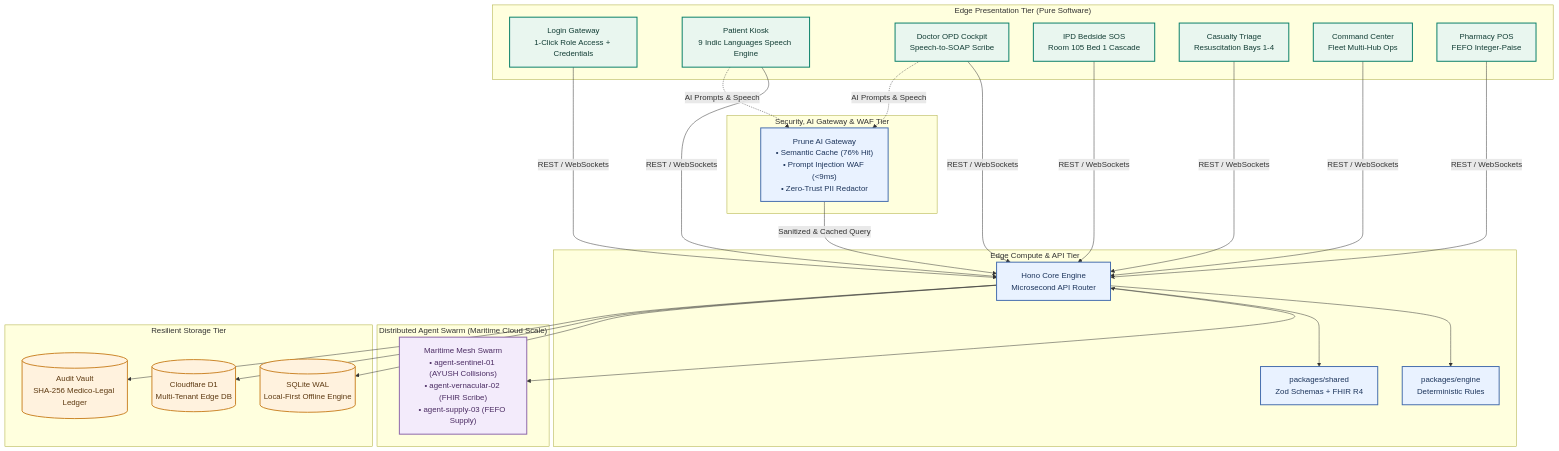
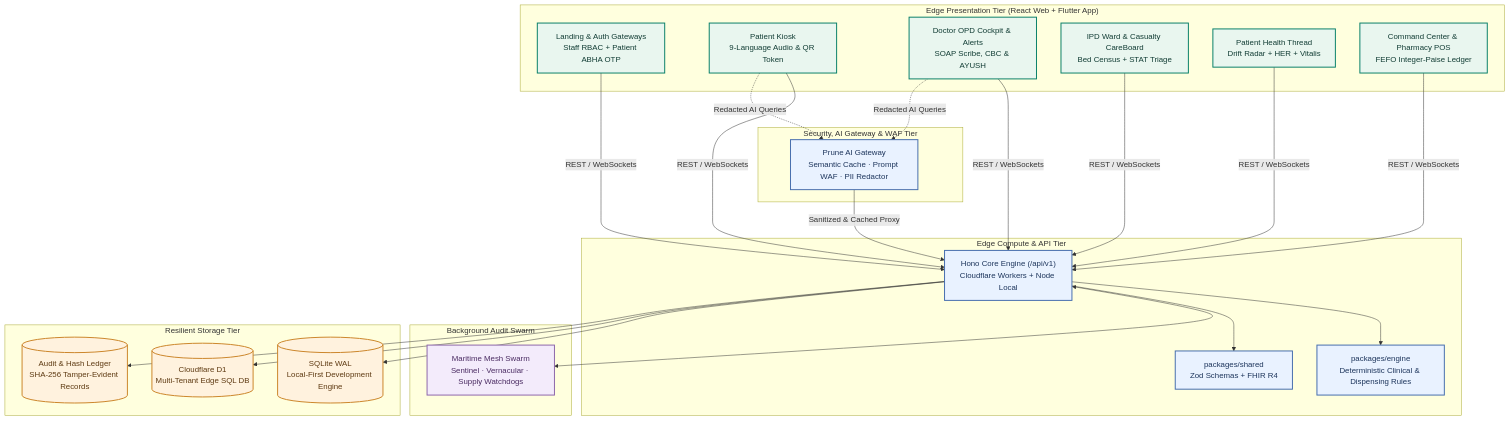
One commit to Divyanshgupta2580/JEEVIKA changed the first of 3 diagrams in README.md. Above: the diagram before and after it, drawn with Mermaid. The commit also changed other lines of this file and 33 other files, not shown here.

````diff
--- a/README.md
+++ b/README.md
@@ -317,44 +324,43 @@
 ```mermaid
 flowchart TB
   classDef client fill:#e9f6ef,stroke:#087f68,color:#123d35,stroke-width:2px
   classDef compute fill:#e9f2ff,stroke:#456dad,color:#1d355c,stroke-width:2px
   classDef data fill:#fff2de,stroke:#cb8528,color:#5e3a12,stroke-width:2px
   classDef agent fill:#f3ebfb,stroke:#8c66aa,color:#4b2c63,stroke-width:2px
 
-  subgraph PresentationTier["Edge Presentation Tier (Pure Software)"]
-    LOGIN["Login Gateway<br/>1-Click Role Access + Credentials"]:::client
-    KIOSK["Patient Kiosk<br/>9 Indic Languages Speech Engine"]:::client
-    DOCTOR["Doctor OPD Cockpit<br/>Speech-to-SOAP Scribe"]:::client
-    IPD["IPD Bedside SOS<br/>Room 105 Bed 1 Cascade"]:::client
-    TRIAGE["Casualty Triage<br/>Resuscitation Bays 1-4"]:::client
-    COMMAND["Command Center<br/>Fleet Multi-Hub Ops"]:::client
-    POS["Pharmacy POS<br/>FEFO Integer-Paise"]:::client
+  subgraph PresentationTier["Edge Presentation Tier (React Web + Flutter App)"]
+    LOGIN["Landing & Auth Gateways<br/>Staff RBAC + Patient ABHA OTP"]:::client
+    KIOSK["Patient Kiosk<br/>9-Language Audio &amp; QR Token"]:::client
+    DOCTOR["Doctor OPD Cockpit &amp; Alerts<br/>SOAP Scribe, CBC &amp; AYUSH"]:::client
+    IPD["IPD Ward &amp; Casualty CareBoard<br/>Bed Census + STAT Triage"]:::client
+    PORTAL["Patient Health Thread<br/>Drift Radar + HER + Vitalis"]:::client
+    COMMAND["Command Center &amp; Pharmacy POS<br/>FEFO Integer-Paise Ledger"]:::client
   end
 
-  subgraph GatewayTier["Security, AI Gateway & WAF Tier"]
-    PRUNE["Prune AI Gateway<br/>• Semantic Cache (76% Hit)<br/>• Prompt Injection WAF (&lt;9ms)<br/>• Zero-Trust PII Redactor"]:::compute
+  subgraph GatewayTier["Security, AI Gateway &amp; WAF Tier"]
+    PRUNE["Prune AI Gateway<br/>Semantic Cache · Prompt WAF · PII Redactor"]:::compute
   end
 
-  subgraph ComputeTier["Edge Compute & API Tier"]
-    API["Hono Core Engine<br/>Microsecond API Router"]:::compute
-    ENGINE["packages/engine<br/>Deterministic Rules"]:::compute
+  subgraph ComputeTier["Edge Compute &amp; API Tier"]
+    API["Hono Core Engine (/api/v1)<br/>Cloudflare Workers + Node Local"]:::compute
+    ENGINE["packages/engine<br/>Deterministic Clinical &amp; Dispensing Rules"]:::compute
     SHARED["packages/shared<br/>Zod Schemas + FHIR R4"]:::compute
   end
 
-  subgraph AgentTier["Distributed Agent Swarm (Maritime Cloud Scale)"]
-    MARITIME["Maritime Mesh Swarm<br/>• agent-sentinel-01 (AYUSH Collisions)<br/>• agent-vernacular-02 (FHIR Scribe)<br/>• agent-supply-03 (FEFO Supply)"]:::agent
+  subgraph AgentTier["Background Audit Swarm"]
+    MARITIME["Maritime Mesh Swarm<br/>Sentinel · Vernacular · Supply Watchdogs"]:::agent
   end
 
   subgraph StorageTier["Resilient Storage Tier"]
-    SQLITE[("SQLite WAL<br/>Local-First Offline Engine")]:::data
-    D1[("Cloudflare D1<br/>Multi-Tenant Edge DB")]:::data
-    VAULT[("Audit Vault<br/>SHA-256 Medico-Legal Ledger")]:::data
+    SQLITE[("SQLite WAL<br/>Local-First Development Engine")]:::data
+    D1[("Cloudflare D1<br/>Multi-Tenant Edge SQL DB")]:::data
+    VAULT[("Audit &amp; Hash Ledger<br/>SHA-256 Tamper-Evident Records")]:::data
   end
 
-  LOGIN & KIOSK & DOCTOR & IPD & TRIAGE & COMMAND & POS -->|REST / WebSockets| API
-  KIOSK & DOCTOR -.->|AI Prompts & Speech| PRUNE
-  PRUNE -->|Sanitized & Cached Query| API
+  LOGIN & KIOSK & DOCTOR & IPD & PORTAL & COMMAND -->|REST / WebSockets| API
+  KIOSK & DOCTOR -.->|Redacted AI Queries| PRUNE
+  PRUNE -->|Sanitized &amp; Cached Proxy| API
   API --> ENGINE & SHARED
   API <--> MARITIME
   API --> SQLITE & D1 & VAULT
 ```
````
